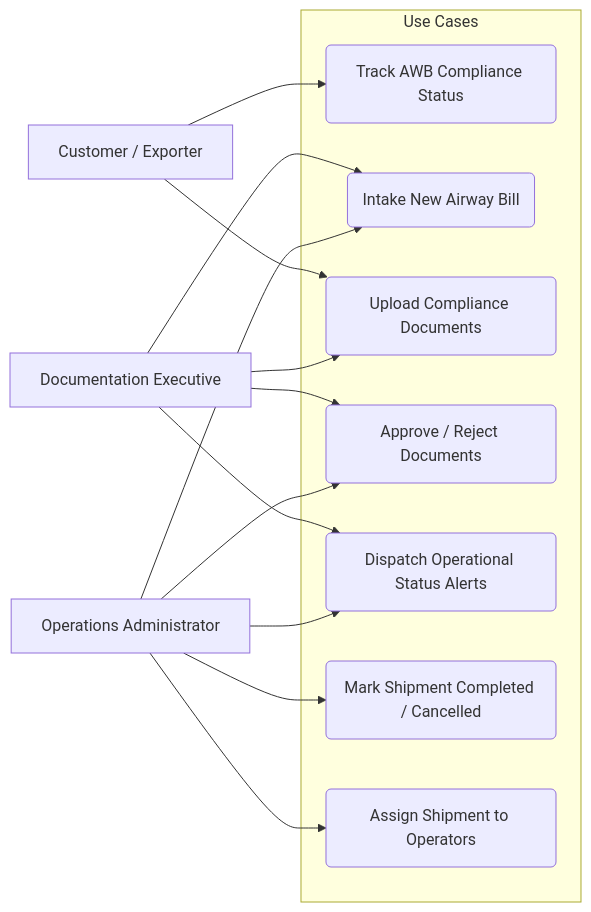
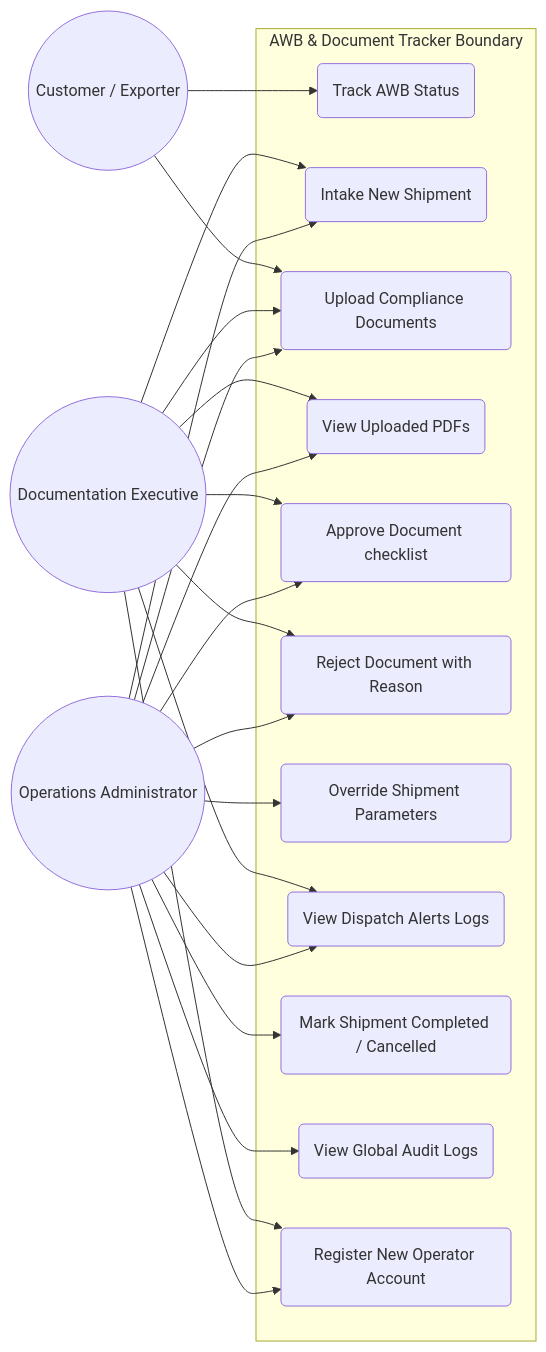
Before and after one commit to kolajason3/Airway_Bill_and_Document_Tracker: the diagram in docs/use-case-diagram.md, drawn with Mermaid. The commit also changed other lines of this file and 9 other files, not shown here.

Commit message:
Refactor: configure shipment-documents storage, add notifications trail UI panel, and update edge function Resend triggers

````diff
--- a/docs/use-case-diagram.md
+++ b/docs/use-case-diagram.md
@@ -5,33 +5,42 @@
 ```mermaid
 graph LR
-    %% Actors
-    Customer[Customer / Exporter]
-    DocExecutive[Documentation Executive]
-    OpsAdmin[Operations Administrator]
+    Customer((Customer / Exporter))
+    Employee((Documentation Executive))
+    Admin((Operations Administrator))
 
-    %% Use Cases
-    subgraph Use Cases
-        UC1(Track AWB Compliance Status)
-        UC2(Intake New Airway Bill)
+    subgraph Platform [AWB & Document Tracker Boundary]
+        UC1(Track AWB Status)
+        UC2(Intake New Shipment)
         UC3(Upload Compliance Documents)
-        UC4(Approve / Reject Documents)
-        UC5(Dispatch Operational Status Alerts)
-        UC6(Mark Shipment Completed / Cancelled)
-        UC7(Assign Shipment to Operators)
+        UC4(View Uploaded PDFs)
+        UC5(Approve Document checklist)
+        UC6(Reject Document with Reason)
+        UC7(Override Shipment Parameters)
+        UC8(View Dispatch Alerts Logs)
+        UC9(Mark Shipment Completed / Cancelled)
+        UC10(View Global Audit Logs)
+        UC11(Register New Operator Account)
     end
 
-    %% Relations
     Customer --> UC1
     Customer --> UC3
 
-    DocExecutive --> UC2
-    DocExecutive --> UC3
-    DocExecutive --> UC4
-    DocExecutive --> UC5
+    Employee --> UC2
+    Employee --> UC3
+    Employee --> UC4
+    Employee --> UC5
+    Employee --> UC6
+    Employee --> UC8
+    Employee --> UC11
 
-    OpsAdmin --> UC2
-    OpsAdmin --> UC4
-    OpsAdmin --> UC6
-    OpsAdmin --> UC7
-    OpsAdmin --> UC5
+    Admin --> UC2
+    Admin --> UC3
+    Admin --> UC4
+    Admin --> UC5
+    Admin --> UC6
+    Admin --> UC7
+    Admin --> UC8
+    Admin --> UC9
+    Admin --> UC10
+    Admin --> UC11
 ```
````
